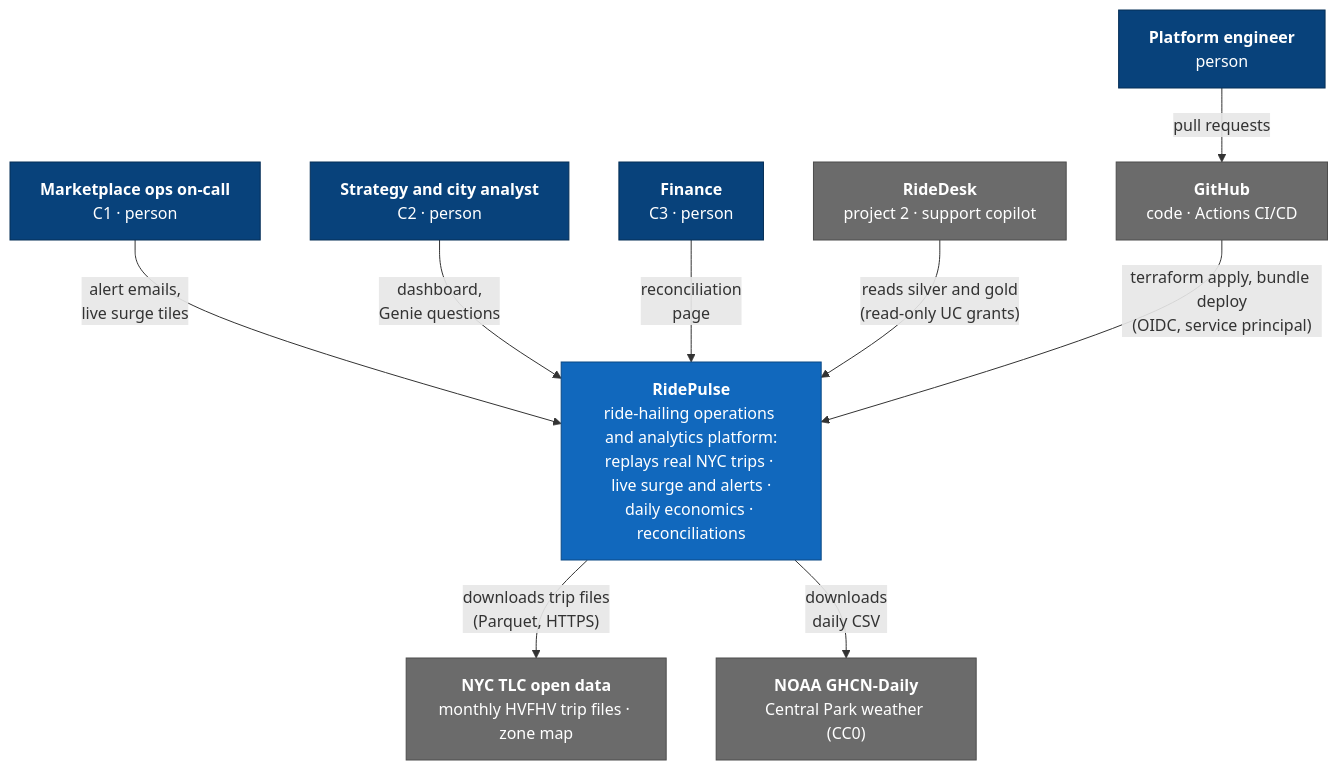
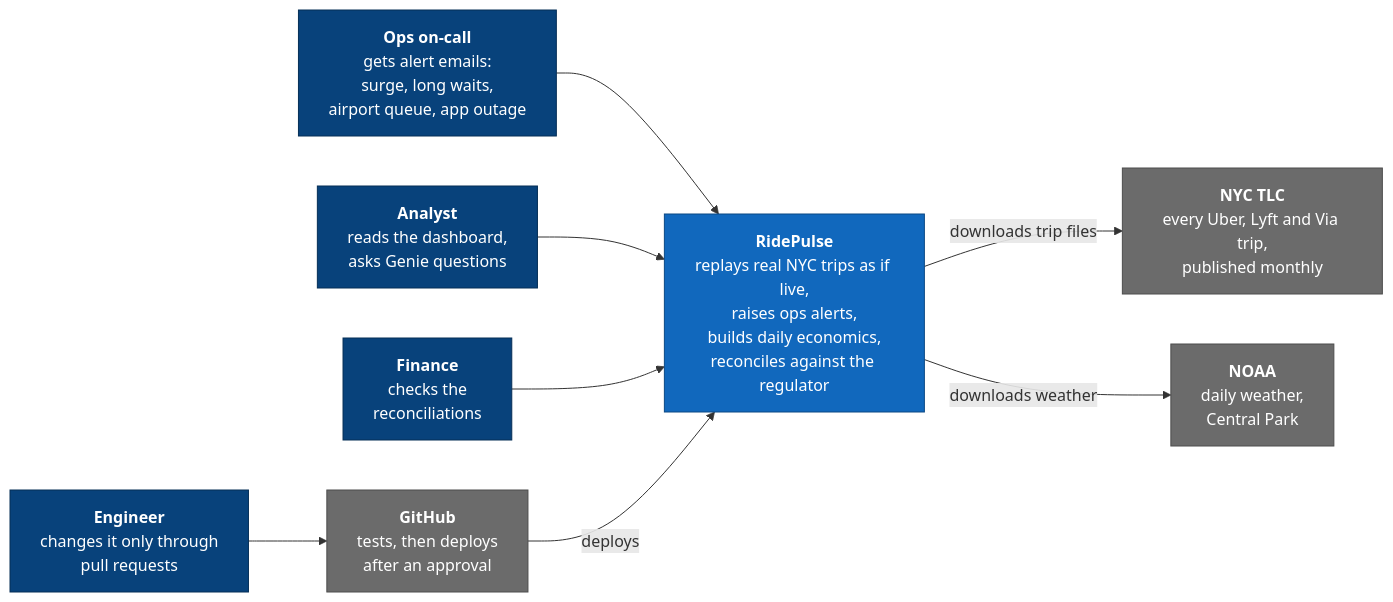
The first of 4 diagrams in docs/design/c4.md (haotieu2001/ridepulse), drawn with Mermaid before and after one commit. The commit also changed other lines of this file and 2 other files, not shown here.

First line of the commit message:
Diagrams: the replayer shown as the stand-in for the apps, RideDesk out, the lakehouse redrawn to what runs

````diff
--- a/docs/design/c4.md
+++ b/docs/design/c4.md
@@ -13,30 +16,28 @@
 ```mermaid
-flowchart TB
-    ops["<b>Marketplace ops on-call</b><br/>C1 · person"]
-    analyst["<b>Strategy and city analyst</b><br/>C2 · person"]
-    finance["<b>Finance</b><br/>C3 · person"]
-    desk["<b>RideDesk</b><br/>project 2 · support copilot"]
-    eng["<b>Platform engineer</b><br/>person"]
-    gh["<b>GitHub</b><br/>code · Actions CI/CD"]
+flowchart LR
+    ops["<b>Ops on-call</b><br/>gets alert emails:<br/>surge, long waits,<br/>airport queue, app outage"]
+    analyst["<b>Analyst</b><br/>reads the dashboard,<br/>asks Genie questions"]
+    finance["<b>Finance</b><br/>checks the<br/>reconciliations"]
+    eng["<b>Engineer</b><br/>changes it only through<br/>pull requests"]
+    gh["<b>GitHub</b><br/>tests, then deploys<br/>after an approval"]
 
-    rp["<b>RidePulse</b><br/>ride-hailing operations and analytics platform:<br/>replays real NYC trips · live surge and alerts ·<br/>daily economics · reconciliations"]
+    rp["<b>RidePulse</b><br/>replays real NYC trips as if live,<br/>raises ops alerts,<br/>builds daily economics,<br/>reconciles against the regulator"]
 
-    tlc["<b>NYC TLC open data</b><br/>monthly HVFHV trip files · zone map"]
-    noaa["<b>NOAA GHCN-Daily</b><br/>Central Park weather (CC0)"]
+    tlc["<b>NYC TLC</b><br/>every Uber, Lyft and Via trip,<br/>published monthly"]
+    noaa["<b>NOAA</b><br/>daily weather,<br/>Central Park"]
 
-    ops -- "alert emails,<br/>live surge tiles" --> rp
-    analyst -- "dashboard,<br/>Genie questions" --> rp
-    finance -- "reconciliation<br/>page" --> rp
-    desk -- "reads silver and gold<br/>(read-only UC grants)" --> rp
-    eng -- "pull requests" --> gh
-    gh -- "terraform apply, bundle deploy<br/>(OIDC, service principal)" --> rp
-    rp -- "downloads trip files<br/>(Parquet, HTTPS)" --> tlc
-    rp -- "downloads<br/>daily CSV" --> noaa
+    ops --> rp
+    analyst --> rp
+    finance --> rp
+    eng --> gh
+    gh -- "deploys" --> rp
+    rp -- "downloads trip files" --> tlc
+    rp -- "downloads weather" --> noaa
 
     classDef person fill:#08427b,stroke:#052e56,color:#fff
     classDef system fill:#1168bd,stroke:#0b4884,color:#fff
     classDef external fill:#6b6b6b,stroke:#4d4d4d,color:#fff
     class ops,analyst,finance,eng person
     class rp system
-    class tlc,noaa,desk,gh external
+    class tlc,noaa,gh external
 ```
````
